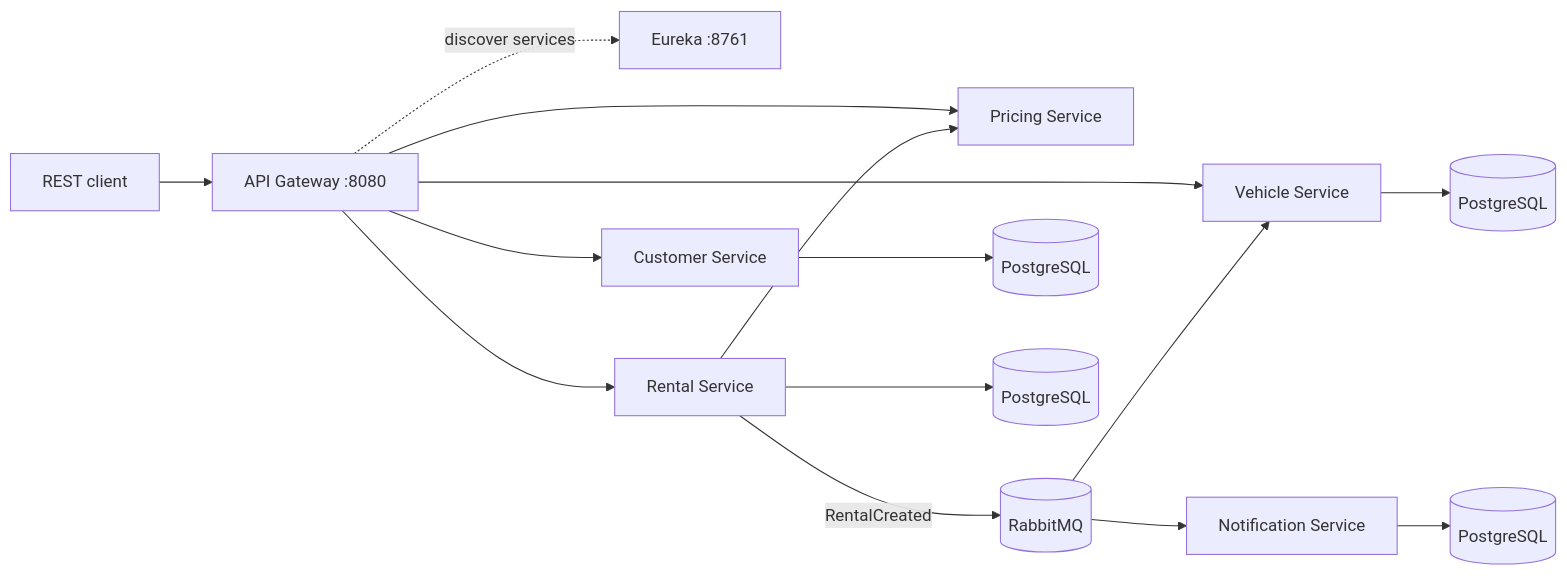
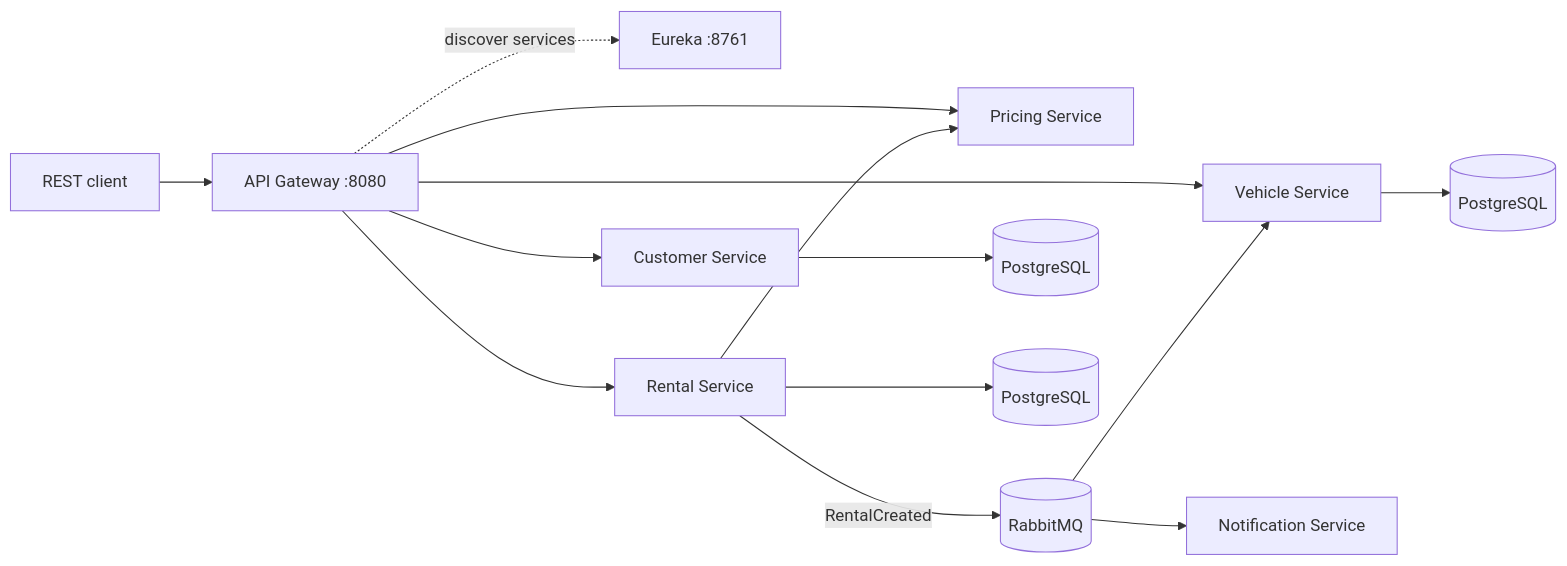
One commit to asyncLuna/vehicle-rental-system changed the diagram in README.md. Above: the diagram before and after it, drawn with Mermaid. The commit also changed other lines of this file and 40 other files, not shown here.

`````diff
--- a/README.md
+++ b/README.md
@@ -19,22 +18,21 @@
 ```mermaid
 flowchart LR
     Client[REST client] --> Gateway[API Gateway :8080]
 
     Gateway -. discover services .-> Eureka[Eureka :8761]
 
     Gateway --> Customer[Customer Service]
     Gateway --> Vehicle[Vehicle Service]
     Gateway --> Rental[Rental Service]
     Gateway --> Pricing[Pricing Service]
 
     Rental --> Pricing
     Rental -->|RentalCreated| Rabbit[(RabbitMQ)]
 
     Rabbit --> Vehicle
     Rabbit --> Notify[Notification Service]
 
     Customer --> CustomerDB[(PostgreSQL)]
     Vehicle --> VehicleDB[(PostgreSQL)]
     Rental --> RentalDB[(PostgreSQL)]
-    Notify --> NotificationDB[(PostgreSQL)]
-````
+```
`````
